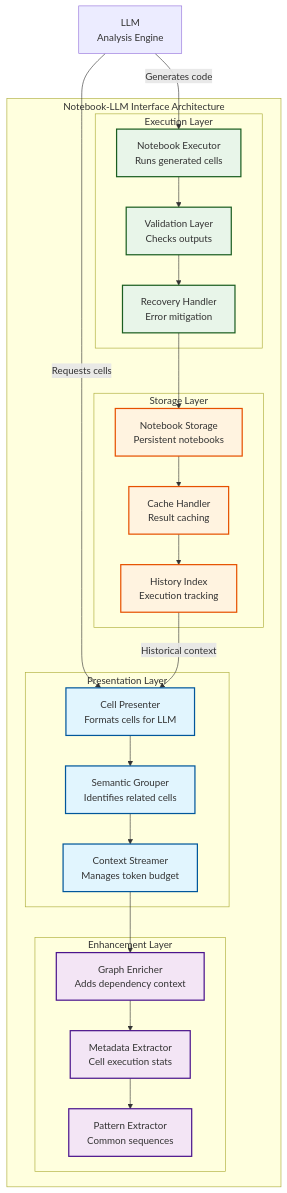
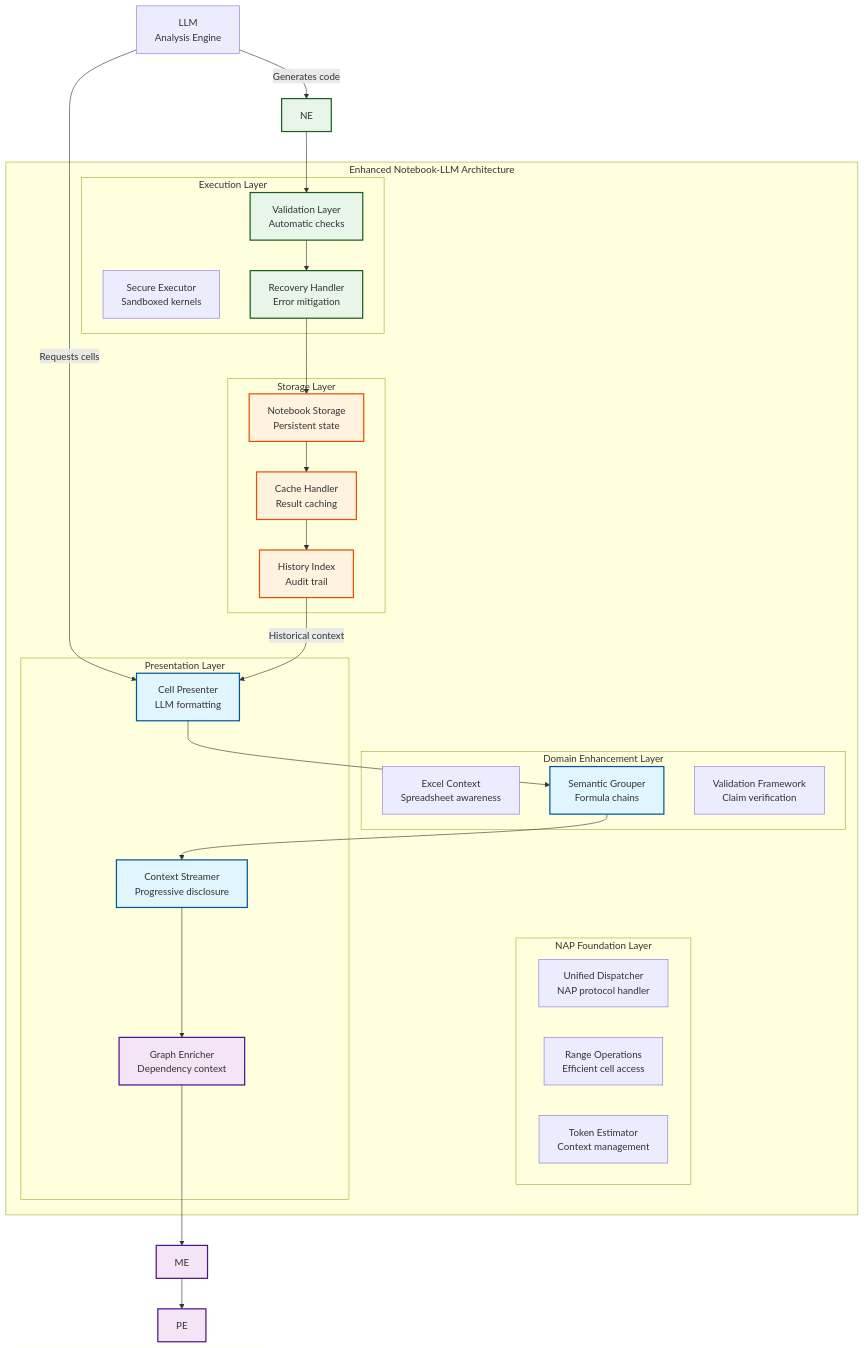
One commit to cheickmec/spreadsheet-analyzer changed the diagram in docs/design/notebook-llm-interface.md. Above: the diagram before and after it, drawn with Mermaid. The commit also changed other lines of this file and 3 other files, not shown here.

First line of the commit message:
docs: Integrate NAP insights into notebook interface documentation

````diff
--- a/docs/design/notebook-llm-interface.md
+++ b/docs/design/notebook-llm-interface.md
@@ -54,54 +54,60 @@
 ```mermaid
 graph TB
-    subgraph "Notebook-LLM Interface Architecture"
-        subgraph "Presentation Layer"
-            CP[Cell Presenter<br/>Formats cells for LLM]
-            SG[Semantic Grouper<br/>Identifies related cells]
-            CS[Context Streamer<br/>Manages token budget]
+    subgraph "Enhanced Notebook-LLM Architecture"
+        subgraph "NAP Foundation Layer"
+            UD[Unified Dispatcher<br/>NAP protocol handler]
+            RO[Range Operations<br/>Efficient cell access]
+            TE[Token Estimator<br/>Context management]
         end
         
-        subgraph "Enhancement Layer"
-            GE[Graph Enricher<br/>Adds dependency context]
-            ME[Metadata Extractor<br/>Cell execution stats]
-            PE[Pattern Extractor<br/>Common sequences]
+        subgraph "Domain Enhancement Layer"
+            EC[Excel Context<br/>Spreadsheet awareness]
+            SG[Semantic Grouper<br/>Formula chains]
+            VF[Validation Framework<br/>Claim verification]
+        end
+        
+        subgraph "Presentation Layer"
+            CP[Cell Presenter<br/>LLM formatting]
+            CS[Context Streamer<br/>Progressive disclosure]
+            GE[Graph Enricher<br/>Dependency context]
         end
         
         subgraph "Execution Layer"
-            NE[Notebook Executor<br/>Runs generated cells]
-            VL[Validation Layer<br/>Checks outputs]
+            SE[Secure Executor<br/>Sandboxed kernels]
+            VL[Validation Layer<br/>Automatic checks]
             RH[Recovery Handler<br/>Error mitigation]
         end
         
         subgraph "Storage Layer"
-            NS[Notebook Storage<br/>Persistent notebooks]
+            NS[Notebook Storage<br/>Persistent state]
             CH[Cache Handler<br/>Result caching]
-            HI[History Index<br/>Execution tracking]
+            HI[History Index<br/>Audit trail]
         end
     end
     
     LLM[LLM<br/>Analysis Engine] -->|Requests cells| CP
     CP --> SG
     SG --> CS
     CS --> GE
     GE --> ME
     ME --> PE
     
     LLM -->|Generates code| NE
     NE --> VL
     VL --> RH
     RH --> NS
     
     NS --> CH
     CH --> HI
     HI -->|Historical context| CP
     
     classDef present fill:#e1f5fe,stroke:#01579b,stroke-width:2px
     classDef enhance fill:#f3e5f5,stroke:#4a148c,stroke-width:2px
     classDef execute fill:#e8f5e9,stroke:#1b5e20,stroke-width:2px
     classDef storage fill:#fff3e0,stroke:#e65100,stroke-width:2px
     
     class CP,SG,CS present
     class GE,ME,PE enhance
     class NE,VL,RH execute
     class NS,CH,HI storage
 ```
````
